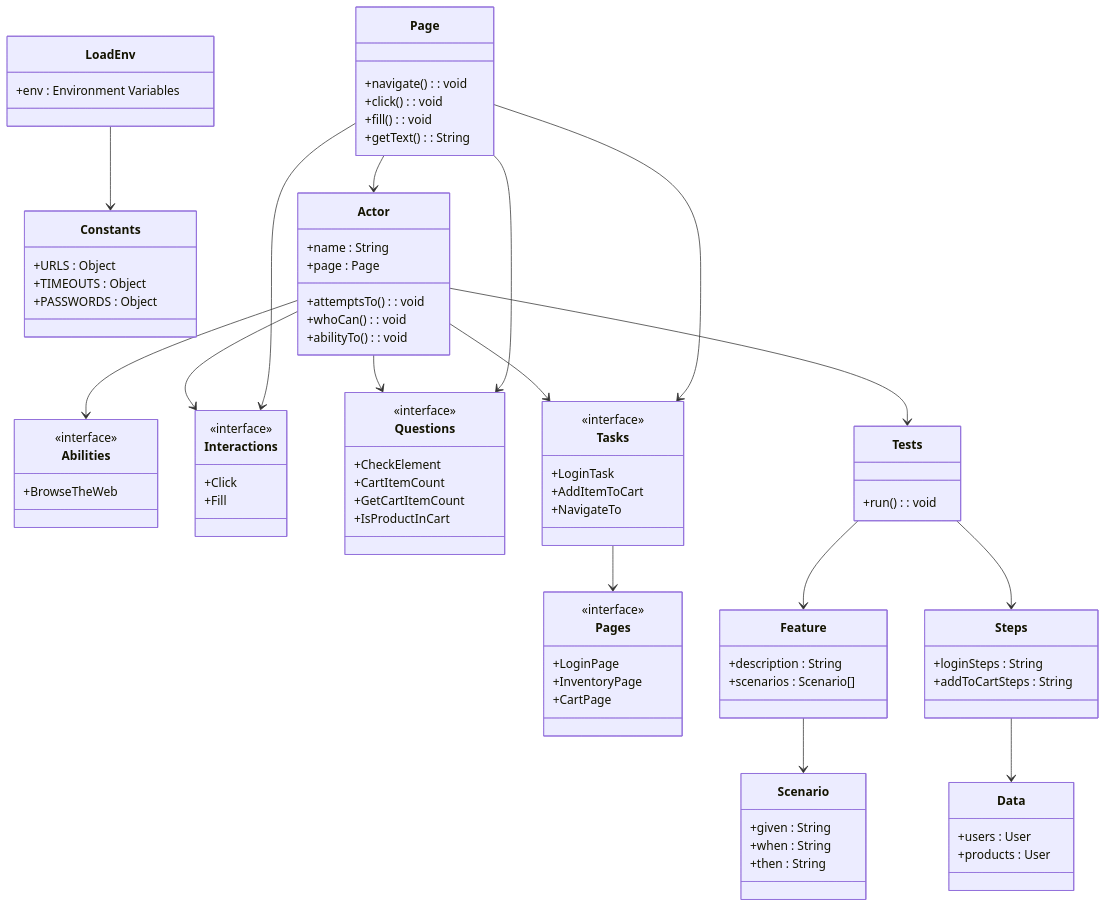
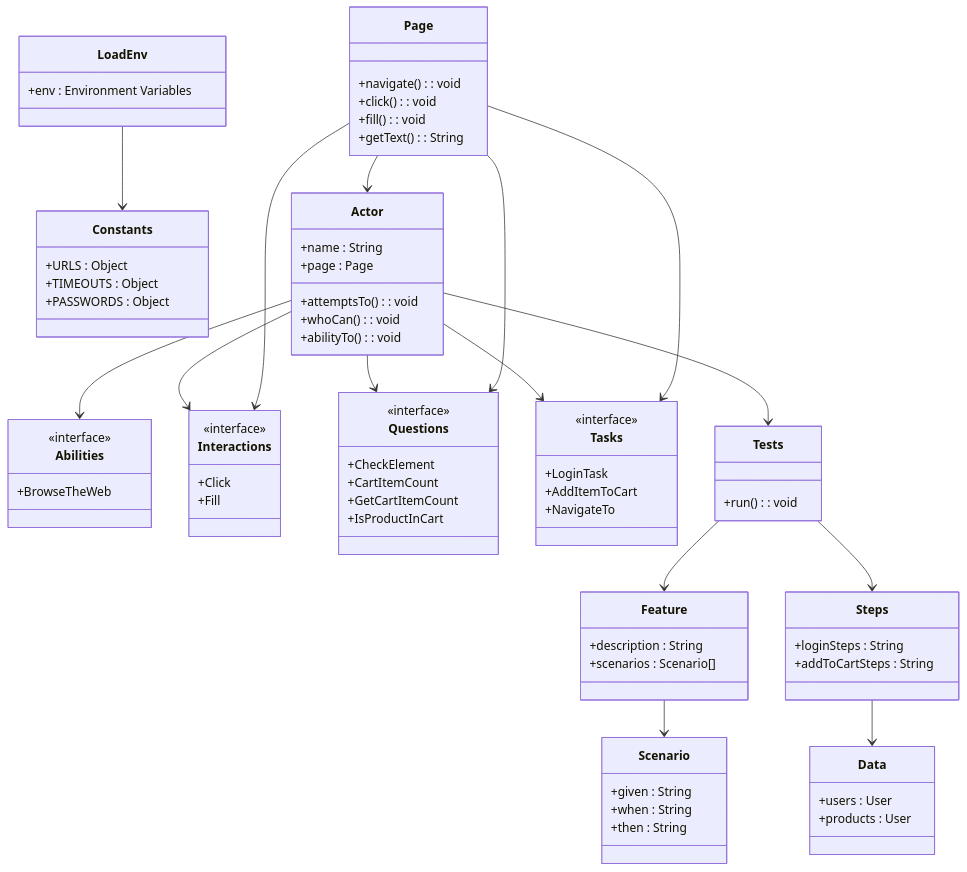
The diagram in README.md (betoth/playwright-pom-screenplay-bdd-automation), drawn with Mermaid before and after one commit.

```diff
--- a/README.md
+++ b/README.md
@@ -81,13 +81,6 @@
         +IsProductInCart
     }
 
-    class Pages {
-        <<interface>>
-        +LoginPage
-        +InventoryPage
-        +CartPage
-    }
-
     class Steps {
         +loginSteps : String
         +addToCartSteps : String
@@ -124,7 +117,6 @@
     Steps --> Data
     Tests --> Feature
     Tests --> Steps
-    Tasks --> Pages
     Feature --> Scenario
     Page --> Interactions
     Page --> Questions
```
